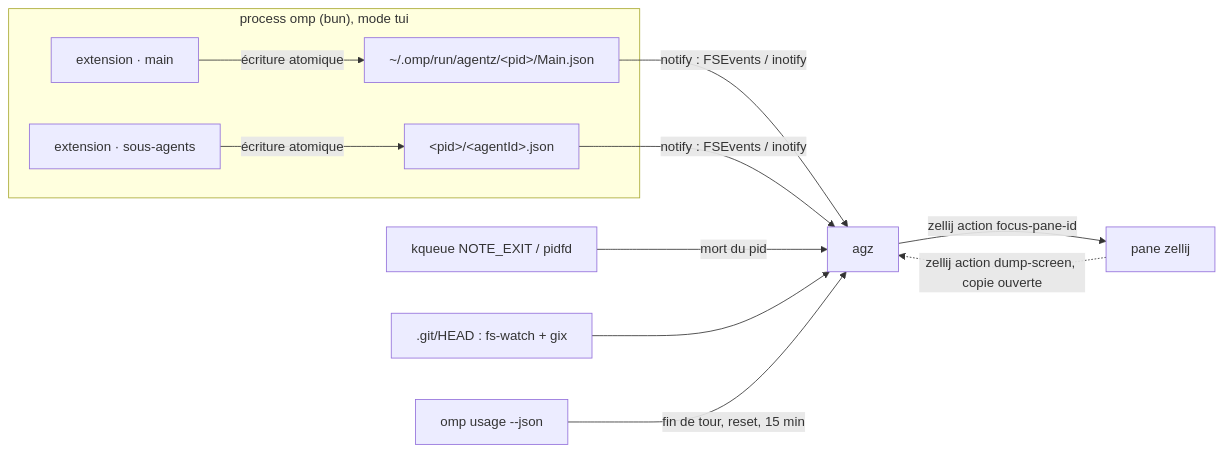
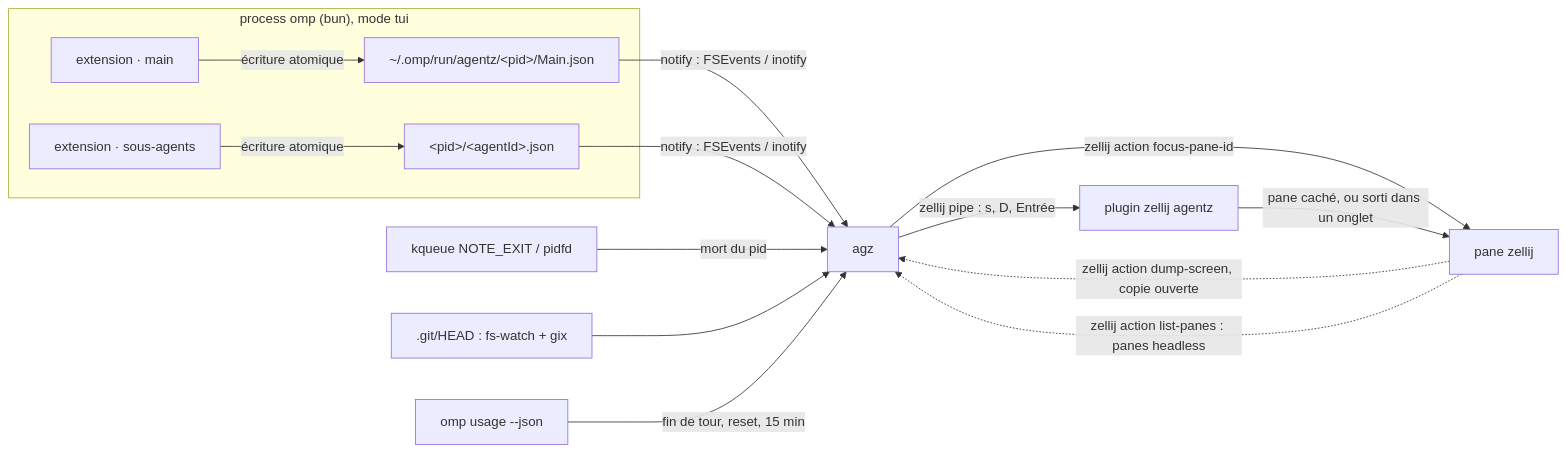
The diagram in SPEC.md (scolomer/xs-tui), drawn with Mermaid before and after one commit. The commit also changed other lines of this file and 11 other files, not shown here.

First line of the commit message:
Run omp sessions headless with s and D via an embedded zellij plugin

````diff
--- a/SPEC.md
+++ b/SPEC.md
@@ -25,13 +26,16 @@
 ```mermaid
 flowchart LR
   subgraph omp["process omp (bun), mode tui"]
     M[extension · main] -->|écriture atomique| F1["~/.omp/run/agentz/&lt;pid&gt;/Main.json"]
     S[extension · sous-agents] -->|écriture atomique| F2["&lt;pid&gt;/&lt;agentId&gt;.json"]
   end
   F1 & F2 -->|notify : FSEvents / inotify| T[agz]
   K[kqueue NOTE_EXIT / pidfd] -->|mort du pid| T
   G[".git/HEAD : fs-watch + gix"] --> T
   T -->|zellij action focus-pane-id| Z[pane zellij]
   Z -.->|zellij action dump-screen, copie ouverte| T
+  T -->|zellij pipe : s, D, Entrée| P[plugin zellij agentz]
+  P -->|pane caché, ou sorti dans un onglet| Z
+  Z -.->|zellij action list-panes : panes headless| T
   U["omp usage --json"] -->|fin de tour, reset, 15 min| T
 ```
````
